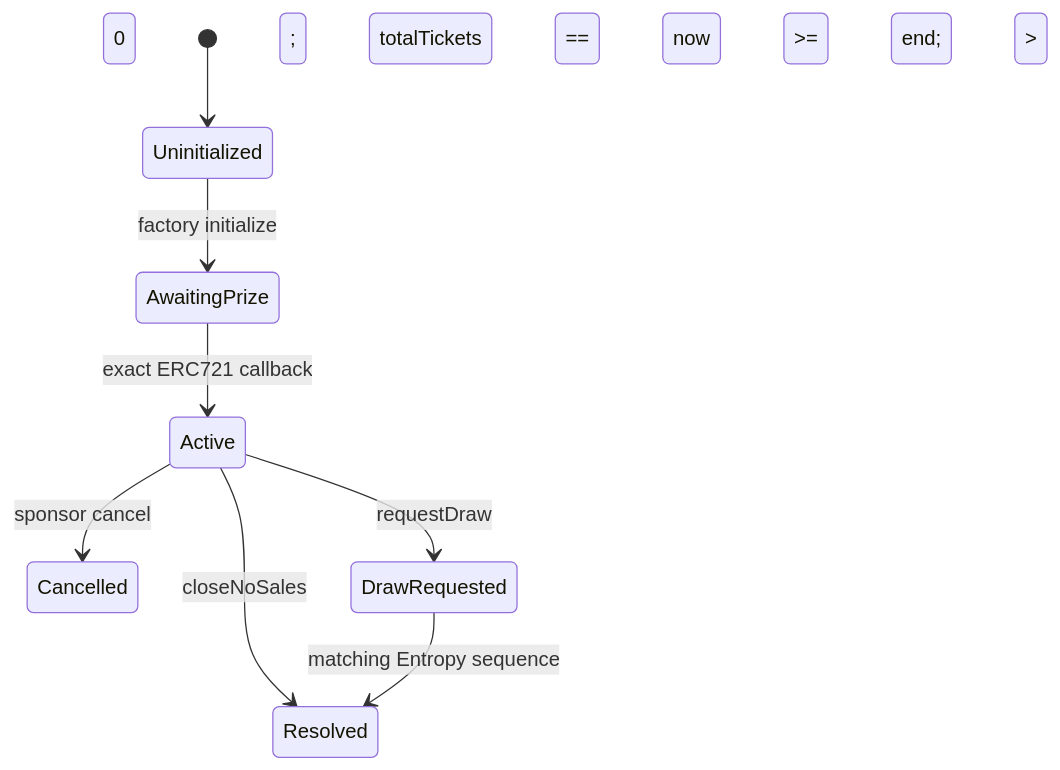
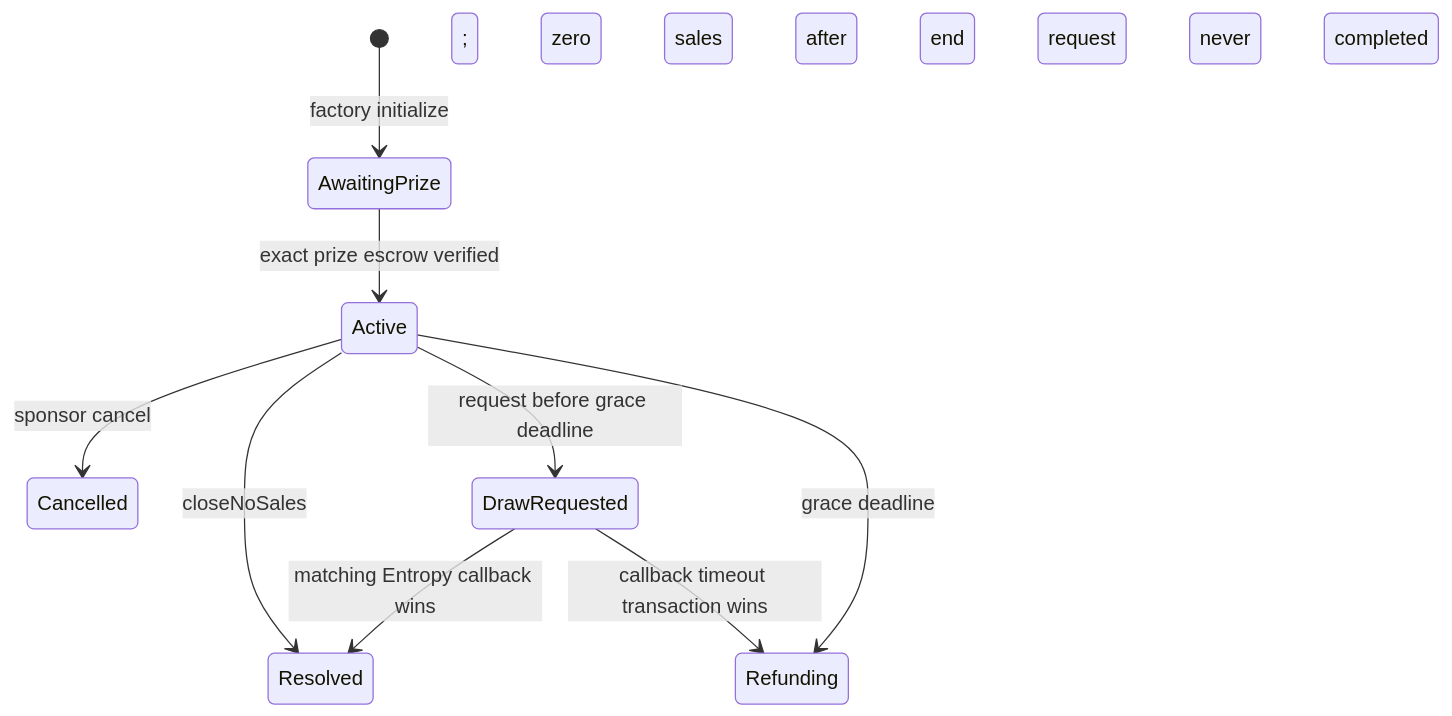
The diagram in docs/STATE-MACHINE.md (Heesho/raffle-fun), drawn with Mermaid before and after one commit. The commit also changed other lines of this file and 64 other files, not shown here.

````diff
--- a/docs/STATE-MACHINE.md
+++ b/docs/STATE-MACHINE.md
@@ -3,10 +3,11 @@
 ```mermaid
 stateDiagram-v2
-  [*] --> Uninitialized
-  Uninitialized --> AwaitingPrize: factory initialize
-  AwaitingPrize --> Active: exact ERC721 callback
-  Active --> Cancelled: sponsor cancel; totalTickets == 0
-  Active --> Resolved: closeNoSales; now >= end; totalTickets == 0
-  Active --> DrawRequested: requestDraw; now >= end; totalTickets > 0
-  DrawRequested --> Resolved: matching Entropy sequence
+  [*] --> AwaitingPrize: factory initialize
+  AwaitingPrize --> Active: exact prize escrow verified
+  Active --> Cancelled: sponsor cancel; zero sales
+  Active --> Resolved: closeNoSales; zero sales after end
+  Active --> DrawRequested: request before grace deadline
+  Active --> Refunding: grace deadline; request never completed
+  DrawRequested --> Resolved: matching Entropy callback wins
+  DrawRequested --> Refunding: callback timeout transaction wins
 ```
````
